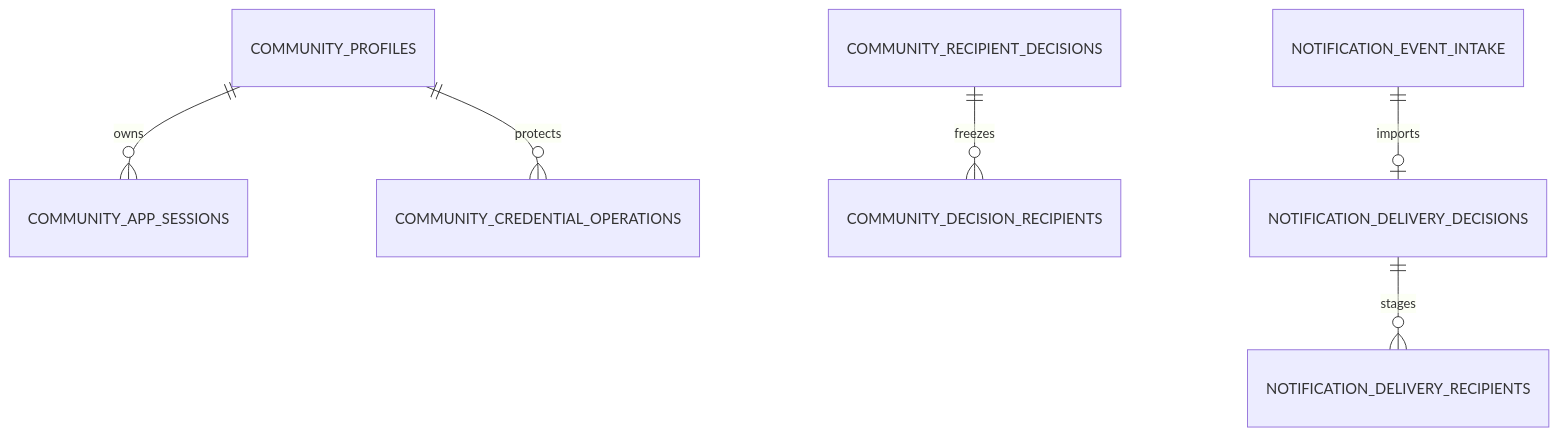
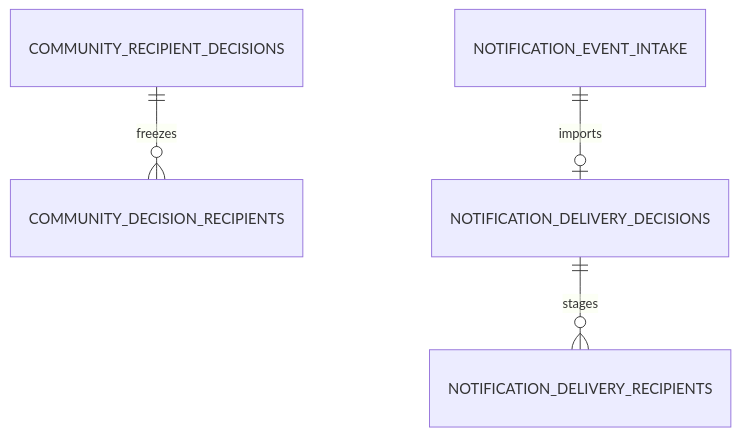
One commit to HuyTony2703/GRABMEFOOD changed the second of 2 diagrams in specs/003-grabmefood-v2/data-model.md. Above: the diagram before and after it, drawn with Mermaid. The commit also changed other lines of this file, not shown here.

Commit message:
feat(docs): update data model documentation with owner-approved security simplifications and schema adjustments

````diff
--- a/specs/003-grabmefood-v2/data-model.md
+++ b/specs/003-grabmefood-v2/data-model.md
@@ -160,8 +178,6 @@
 ```mermaid
 erDiagram
-  COMMUNITY_PROFILES ||--o{ COMMUNITY_APP_SESSIONS : owns
-  COMMUNITY_PROFILES ||--o{ COMMUNITY_CREDENTIAL_OPERATIONS : protects
   COMMUNITY_RECIPIENT_DECISIONS ||--o{ COMMUNITY_DECISION_RECIPIENTS : freezes
   NOTIFICATION_EVENT_INTAKE ||--o| NOTIFICATION_DELIVERY_DECISIONS : imports
   NOTIFICATION_DELIVERY_DECISIONS ||--o{ NOTIFICATION_DELIVERY_RECIPIENTS : stages
 ```
````
